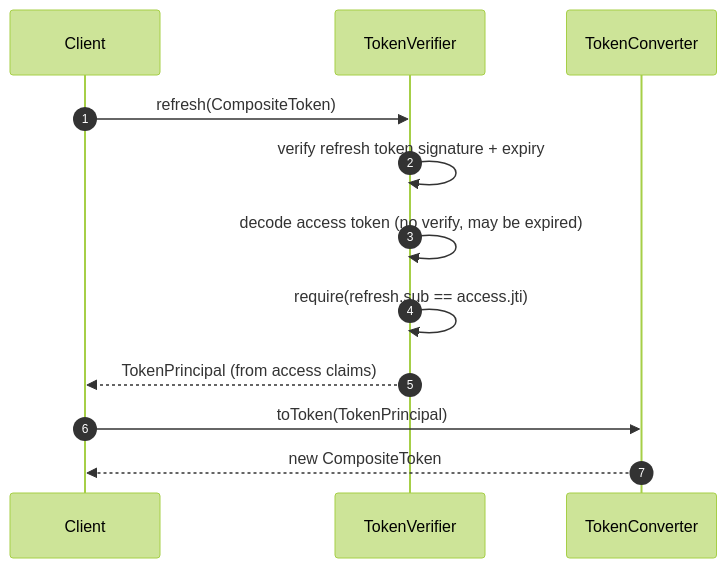
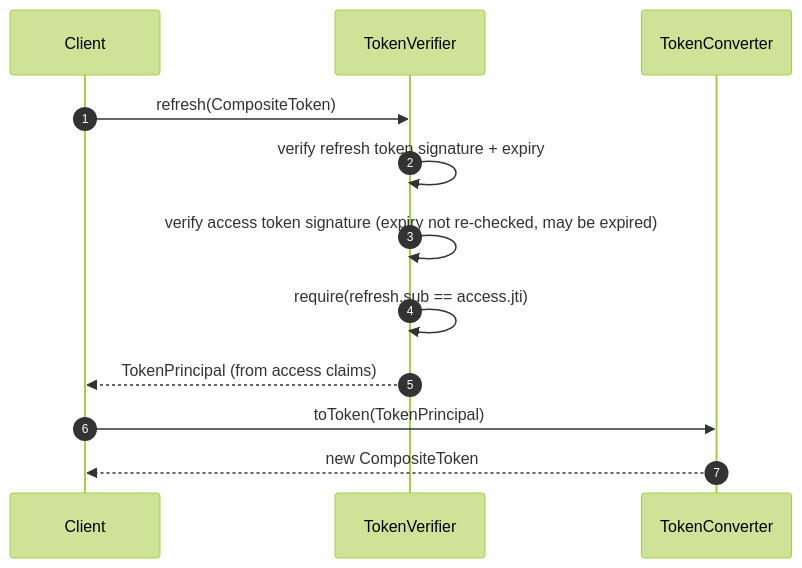
Before and after one commit to Ahoo-Wang/CoSec: the third of 3 diagrams in wiki/deep-dive/authentication/token-management.md, drawn with Mermaid (forest theme). The commit also changed other lines of this file and 59 other files, not shown here.

````diff
--- a/wiki/deep-dive/authentication/token-management.md
+++ b/wiki/deep-dive/authentication/token-management.md
@@ -211,17 +215,17 @@
 ```mermaid
 sequenceDiagram
     autonumber
     participant Client
     participant TV as TokenVerifier
     participant TC as TokenConverter
 
     Client->>TV: refresh(CompositeToken)
     TV->>TV: verify refresh token signature + expiry
-    TV->>TV: decode access token (no verify, may be expired)
+    TV->>TV: verify access token signature (expiry not re-checked, may be expired)
     TV->>TV: require(refresh.sub == access.jti)
     TV-->>Client: TokenPrincipal (from access claims)
 
     Client->>TC: toToken(TokenPrincipal)
     TC-->>Client: new CompositeToken
 
 ```
````
